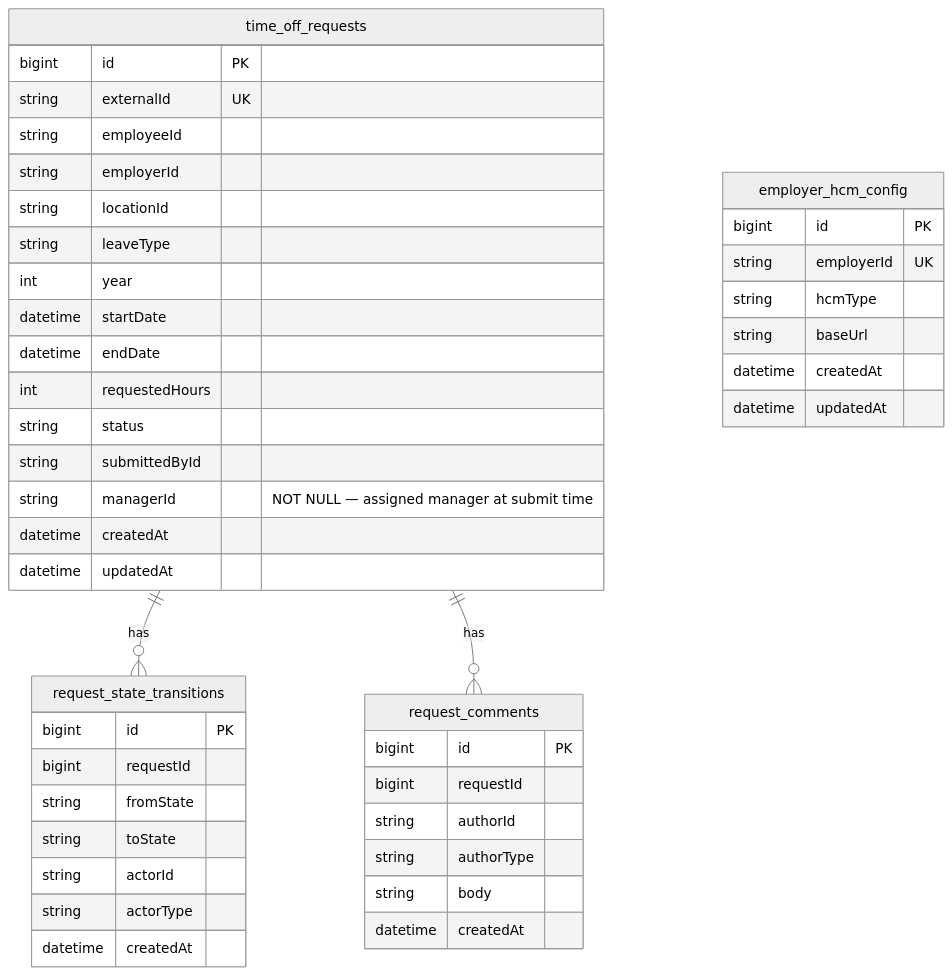
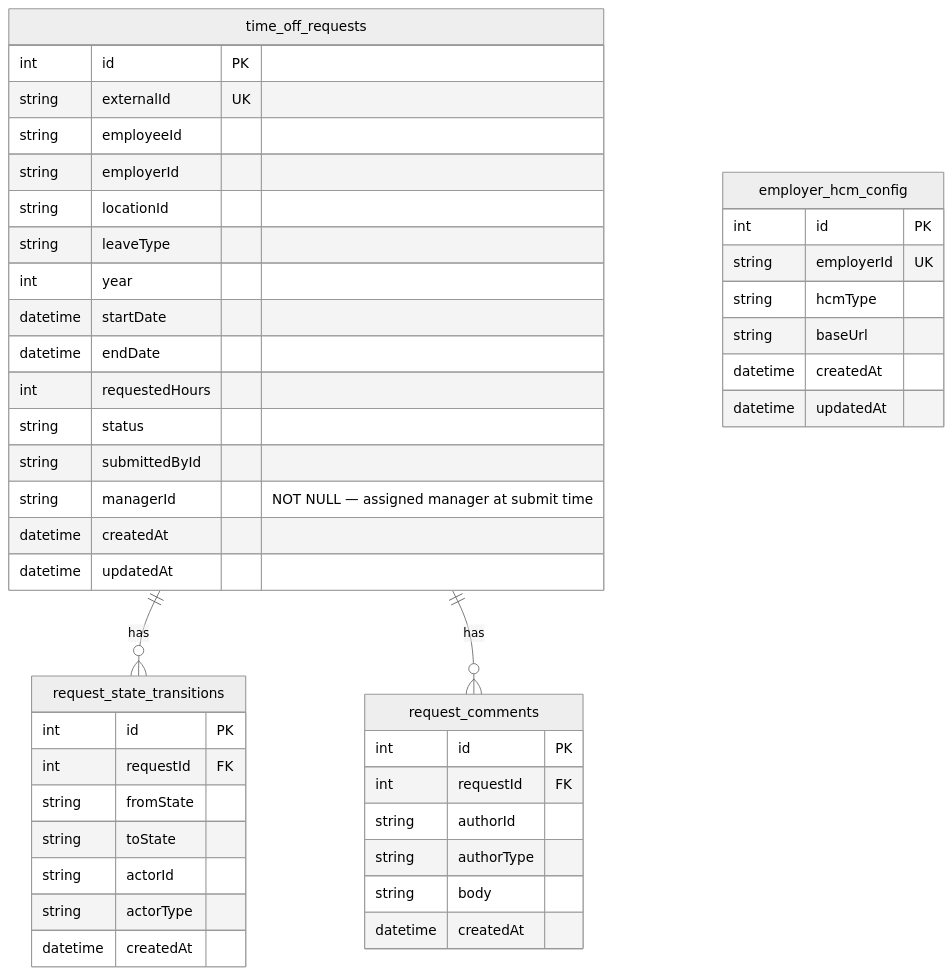
Before and after one commit to jayanth-veeravalli/time-off-service: the second of 10 diagrams in docs/TRD.md, drawn with Mermaid (neutral theme). The commit also changed other lines of this file, not shown here.

````diff
--- a/docs/TRD.md
+++ b/docs/TRD.md
@@ -236,51 +236,51 @@
 ```mermaid
 erDiagram
     time_off_requests {
-        bigint id PK
+        int id PK
         string externalId UK
         string employeeId
         string employerId
         string locationId
         string leaveType
         int year
         datetime startDate
         datetime endDate
         int requestedHours
         string status
         string submittedById
         string managerId "NOT NULL — assigned manager at submit time"
         datetime createdAt
         datetime updatedAt
     }
 
     request_state_transitions {
-        bigint id PK
-        bigint requestId
+        int id PK
+        int requestId FK
         string fromState
         string toState
         string actorId
         string actorType
         datetime createdAt
     }
 
     request_comments {
-        bigint id PK
-        bigint requestId
+        int id PK
+        int requestId FK
         string authorId
         string authorType
         string body
         datetime createdAt
     }
 
     employer_hcm_config {
-        bigint id PK
+        int id PK
         string employerId UK
         string hcmType
         string baseUrl
         datetime createdAt
         datetime updatedAt
     }
 
     time_off_requests ||--o{ request_state_transitions : "has"
     time_off_requests ||--o{ request_comments : "has"
 ```
````
